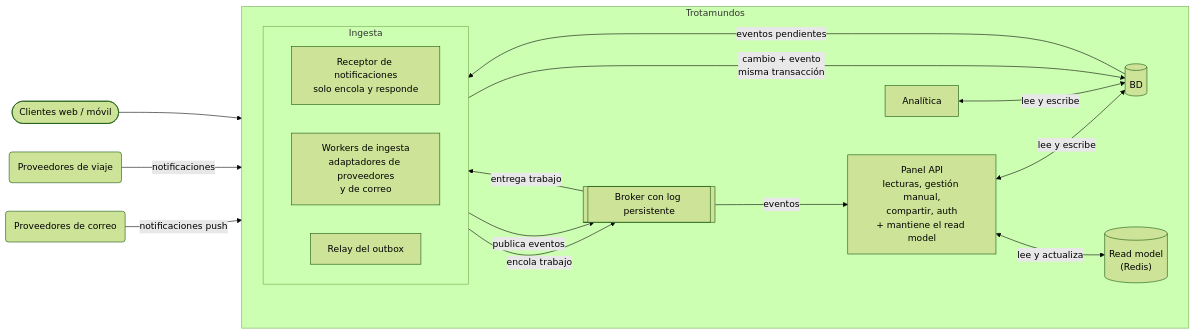
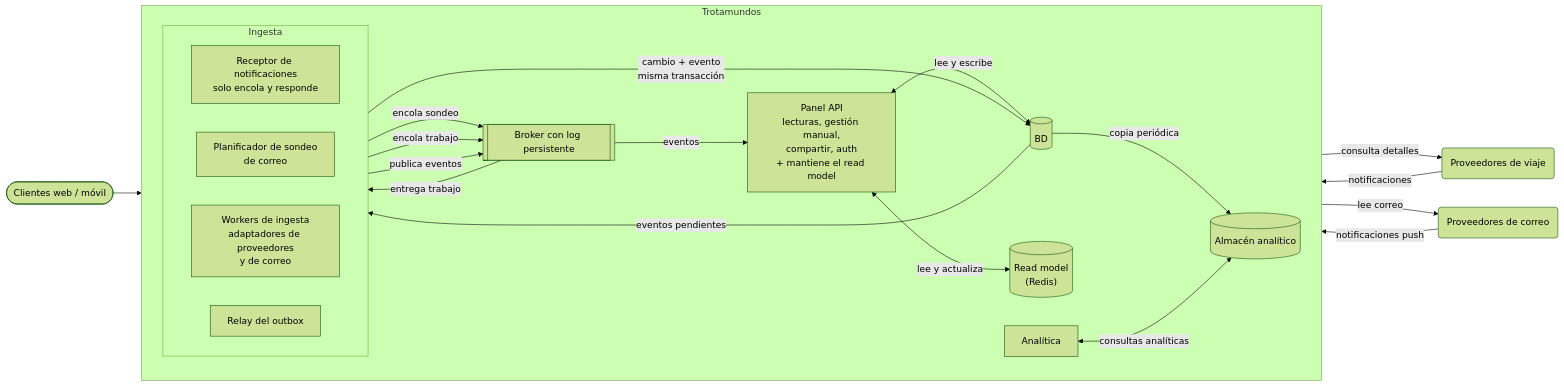
Before and after one commit to matiascanova/TPE_SOFTWARE: the diagram in Iteracion-1.md, drawn with Mermaid (forest theme). The commit also changed other lines of this file and 4 other files, not shown here.

````diff
--- a/Iteracion-1.md
+++ b/Iteracion-1.md
@@ -49,39 +51,45 @@
 ```mermaid
 flowchart LR
     CL([Clientes web / móvil])
     PV(Proveedores de viaje)
     MC(Proveedores de correo)
 
     subgraph TROT[Trotamundos]
         direction LR
         API["Panel API<br/>lecturas, gestión manual,<br/>compartir, auth<br/>+ mantiene el read model"]
         RM[("Read model<br/>(Redis)")]
 
         subgraph INGD[Ingesta]
             direction LR
             RX["Receptor de notificaciones<br/>solo encola y responde"]
+            PS["Planificador de sondeo<br/>de correo"]
             WK["Workers de ingesta<br/>adaptadores de proveedores<br/>y de correo"]
             RL["Relay del outbox"]
         end
 
         BR[["Broker con log persistente"]]
         DB[("BD")]
+        AA[("Almacén analítico")]
         CA["Analítica"]
     end
 
     CL --> API
     API <-->|"lee y escribe"| DB
     API <-->|"lee y actualiza"| RM
 
     PV -- "notificaciones" --> RX
     MC -- "notificaciones push" --> RX
+    PS -- "encola sondeo" --> BR
     RX -- "encola trabajo" --> BR
     BR -- "entrega trabajo" --> WK
+    WK -- "consulta detalles" --> PV
+    WK -- "lee correo" --> MC
     WK -- "cambio + evento<br/>misma transacción" --> DB
 
     DB -- "eventos pendientes" --> RL
     RL -- "publica eventos" --> BR
     BR -- "eventos" --> API
 
-    CA <-- "lee y escribe" --> DB
+    DB -- "copia periódica" --> AA
+    CA <-- "consultas analíticas" --> AA
 ```
````
